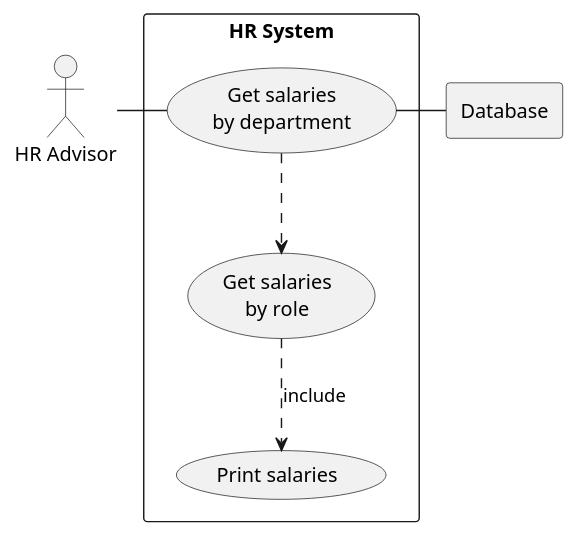
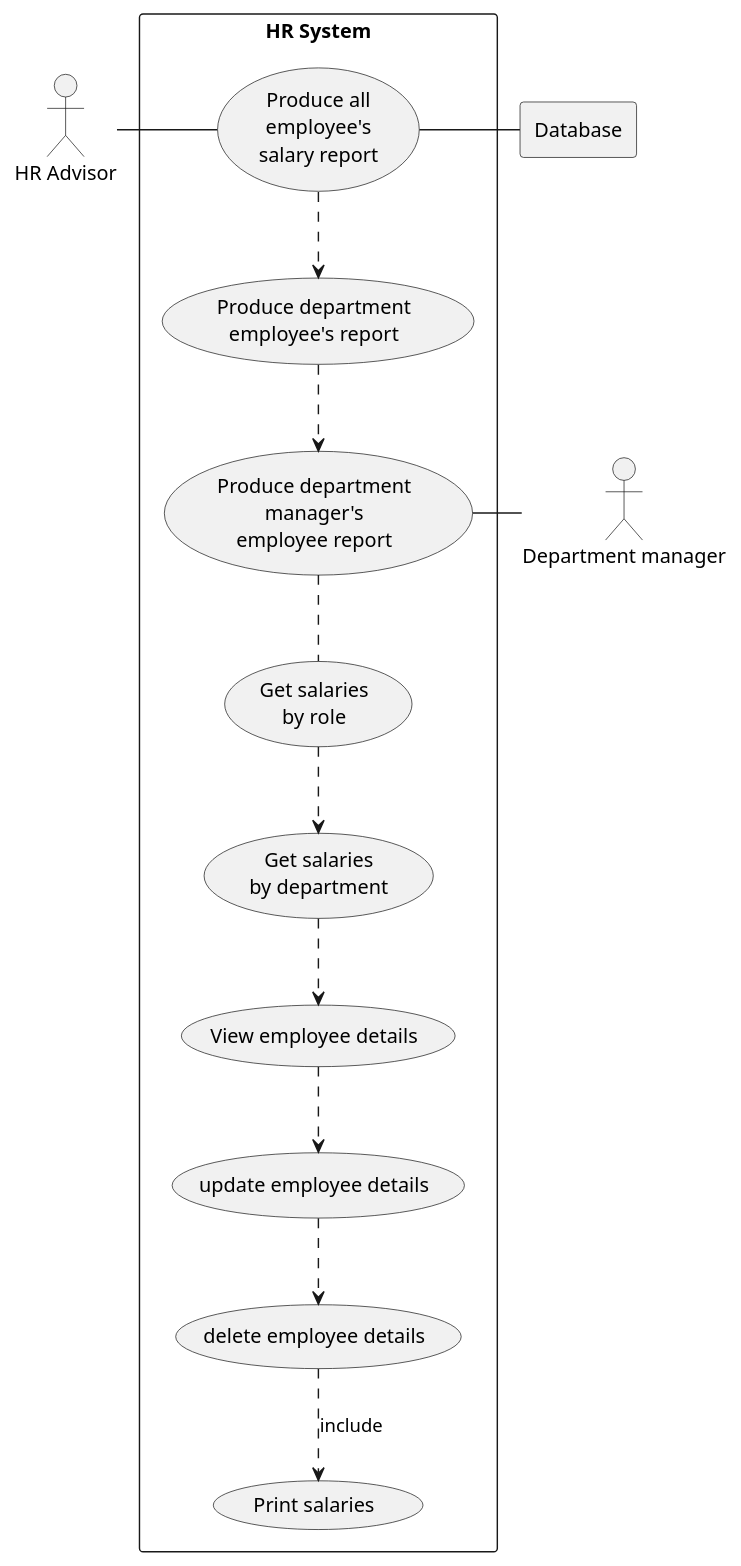
Before and after one commit to PaydayDre/sem-1: the diagram in use-cases/HR System.puml, drawn with PlantUML.

Commit message:
updated use case diagram

```diff
--- a/use-cases/HR System.puml
+++ b/use-cases/HR System.puml
@@ -1,21 +1,48 @@
 @startuml
 
 actor HR as "HR Advisor"
+actor Manager as "Department manager"
 
 rectangle Database
 
 rectangle "HR System" {
+    usecase UC1 as "Produce all
+    employee's
+    salary report"
+
+    usecase UC2 as "Produce department
+        employee's report"
+
+    usecase UC3 as "Produce department
+         manager's
+         employee report"
+
     usecase UC4 as "Get salaries
     by role"
+
      usecase UC5 as "Get salaries
         by department"
 
+     usecase UC6 as "View employee details"
+
+     usecase UC7 as "update employee details"
+
+     usecase UC8 as "delete employee details"
+
     usecase UCa as "Print salaries"
 
-    HR - UC5
-    UC4 ..> UCa : include
-    UC5 ..> UC4
-    UC5 - Database
+    HR - UC1
+    UC1 ..>UC2
+    UC2 ..>UC3
+    Manager - UC3
+    UC3 ..UC4
+    UC4 ..> UC5
+    UC5 ..> UC6
+    UC6 ..> UC7
+    UC7 ..> UC8
+    UC8 ..> UCa : include
+
+    UC1 - Database
 }
 
 @enduml
```
